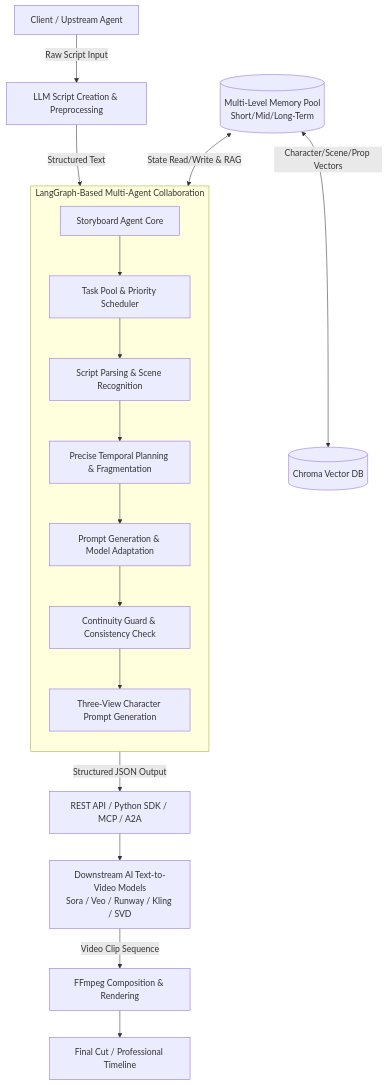
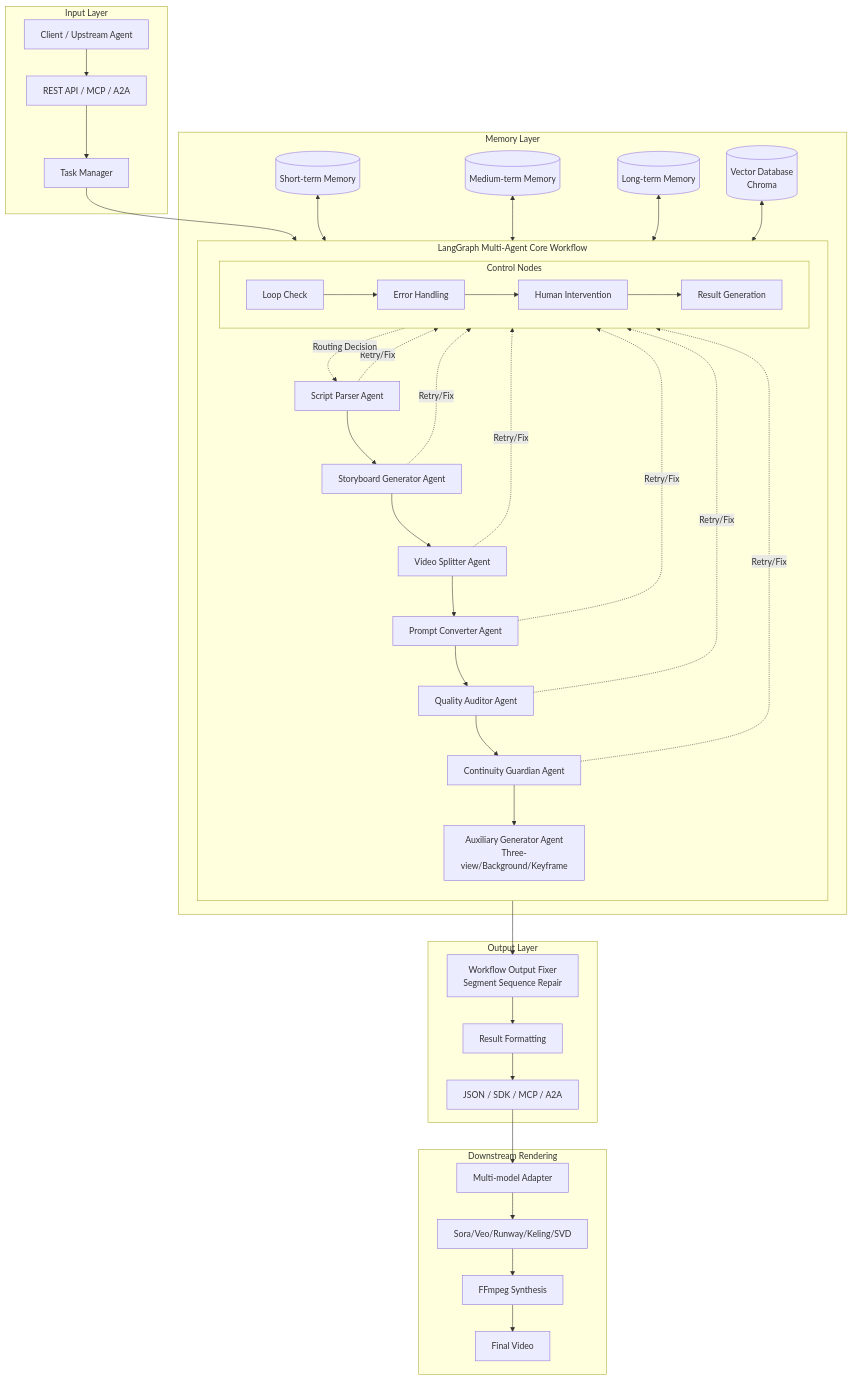
The diagram in README.md (neopen/story-shot-agent), drawn with Mermaid before and after one commit. The commit also changed other lines of this file and 1 other file, not shown here.

Commit message:
文档优化

````diff
--- a/README.md
+++ b/README.md
@@ -30,23 +34,60 @@
 ```mermaid
 flowchart TD
-    A[Client / Upstream Agent] -->|Raw Script Input| B[LLM Script Creation & Preprocessing]
-    B -->|Structured Text| C[Storyboard Agent Core]
-    
-    subgraph Agent_System [LangGraph-Based Multi-Agent Collaboration]
+    subgraph Input [Input Layer]
+        A1[Client / Upstream Agent] --> A2[REST API / MCP / A2A]
+        A2 --> A3[Task Manager]
+    end
+
+    subgraph Core [LangGraph Multi-Agent Core Workflow]
         direction TB
-        C --> D[Task Pool & Priority Scheduler]
-        D --> E[Script Parsing & Scene Recognition]
-        E --> F[Precise Temporal Planning & Fragmentation]
-        F --> G[Prompt Generation & Model Adaptation]
-        G --> H[Continuity Guard & Consistency Check]
-        H --> I[Three-View Character Prompt Generation]
+        
+        P1[Script Parser Agent] --> P2[Storyboard Generator Agent]
+        P2 --> P3[Video Splitter Agent]
+        P3 --> P4[Prompt Converter Agent]
+        P4 --> P5[Quality Auditor Agent]
+        P5 --> P6[Continuity Guardian Agent]
+        P6 --> P7[Auxiliary Generator Agent<br/>Three-view/Background/Keyframe]
+        
+        subgraph Control [Control Nodes]
+            C1[Loop Check] --> C2[Error Handling]
+            C2 --> C3[Human Intervention]
+            C3 --> C4[Result Generation]
+        end
+        
+        P1 -.->|Retry/Fix| Control
+        P2 -.->|Retry/Fix| Control
+        P3 -.->|Retry/Fix| Control
+        P4 -.->|Retry/Fix| Control
+        P5 -.->|Retry/Fix| Control
+        P6 -.->|Retry/Fix| Control
+        Control -.->|Routing Decision| P1
     end
-    
-    J[(Multi-Level Memory Pool<br/>Short/Mid/Long-Term)] <-->|State Read/Write & RAG| E
-    J <-->|Character/Scene/Prop Vectors| K[(Chroma Vector DB)]
-    
-    H -->|Structured JSON Output| L[REST API / Python SDK / MCP / A2A]
-    L --> M[Downstream AI Text-to-Video Models<br/>Sora / Veo / Runway / Kling / SVD]
-    M -->|Video Clip Sequence| N[FFmpeg Composition & Rendering]
-    N --> O[Final Cut / Professional Timeline]
+
+    subgraph Memory [Memory Layer]
+        M1[(Short-term Memory)]
+        M2[(Medium-term Memory)]
+        M3[(Long-term Memory)]
+        M4[(Vector Database<br/>Chroma)]
+        
+        M1 <--> Core
+        M2 <--> Core
+        M3 <--> Core
+        M4 <--> Core
+    end
+
+    subgraph Output [Output Layer]
+        O1[Workflow Output Fixer<br/>Segment Sequence Repair] --> O2[Result Formatting]
+        O2 --> O3[JSON / SDK / MCP / A2A]
+    end
+
+    subgraph Downstream [Downstream Rendering]
+        D1[Multi-model Adapter] --> D2[Sora/Veo/Runway/Keling/SVD]
+        D2 --> D3[FFmpeg Synthesis]
+        D3 --> D4[Final Video]
+    end
+
+    A3 --> P1
+    P7 --> O1
+    O3 --> D1
+
 ```
````
